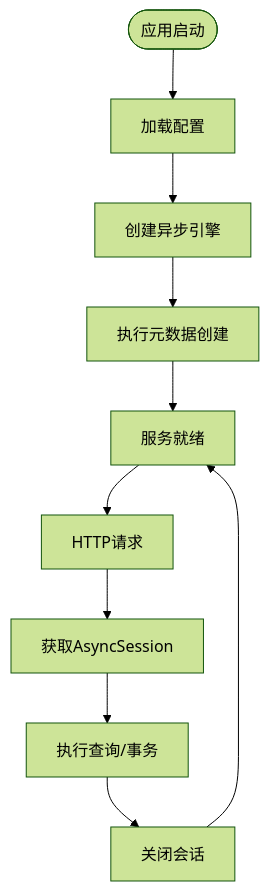
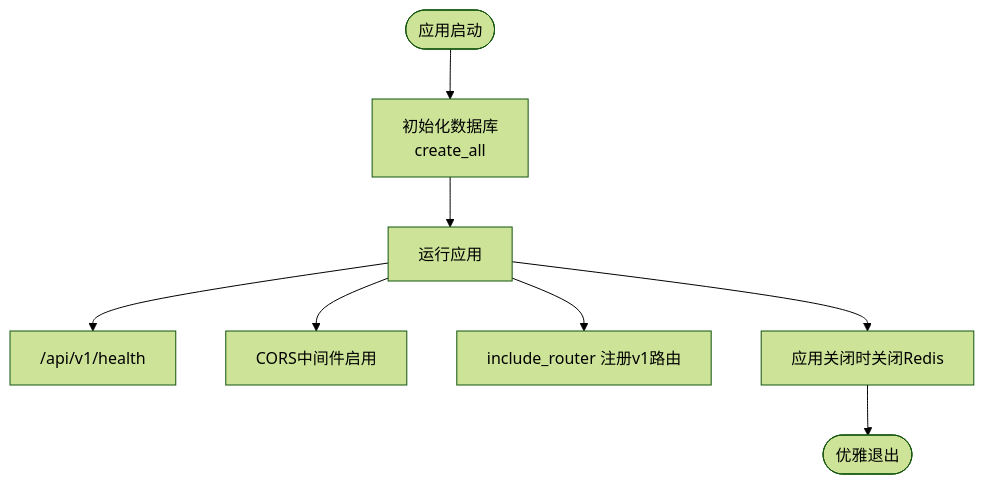
Before and after one commit to We3le7/stock-view: the third of 11 diagrams in .qoder/repowiki/zh/content/后端开发/FastAPI应用架构.md, drawn with Mermaid (forest theme). The commit also changed other lines of this file and 142 other files, not shown here.

````diff
--- a/.qoder/repowiki/zh/content/后端开发/FastAPI应用架构.md
+++ b/.qoder/repowiki/zh/content/后端开发/FastAPI应用架构.md
@@ -147,12 +149,10 @@
 ```mermaid
 flowchart TD
-Start(["应用启动"]) --> LoadCfg["加载配置"]
-LoadCfg --> CreateEngine["创建异步引擎"]
-CreateEngine --> InitDB["执行元数据创建"]
-InitDB --> Ready["服务就绪"]
-Ready --> Request["HTTP请求"]
-Request --> GetDB["获取AsyncSession"]
-GetDB --> UseDB["执行查询/事务"]
-UseDB --> CloseDB["关闭会话"]
-CloseDB --> Ready
+Start(["应用启动"]) --> InitDB["初始化数据库<br/>create_all"]
+InitDB --> RunApp["运行应用"]
+RunApp --> Health["/api/v1/health"]
+RunApp --> CORS["CORS中间件启用"]
+RunApp --> RegRoutes["include_router 注册v1路由"]
+RunApp --> CloseRedis["应用关闭时关闭Redis"]
+CloseRedis --> End(["优雅退出"])
 ```
````
